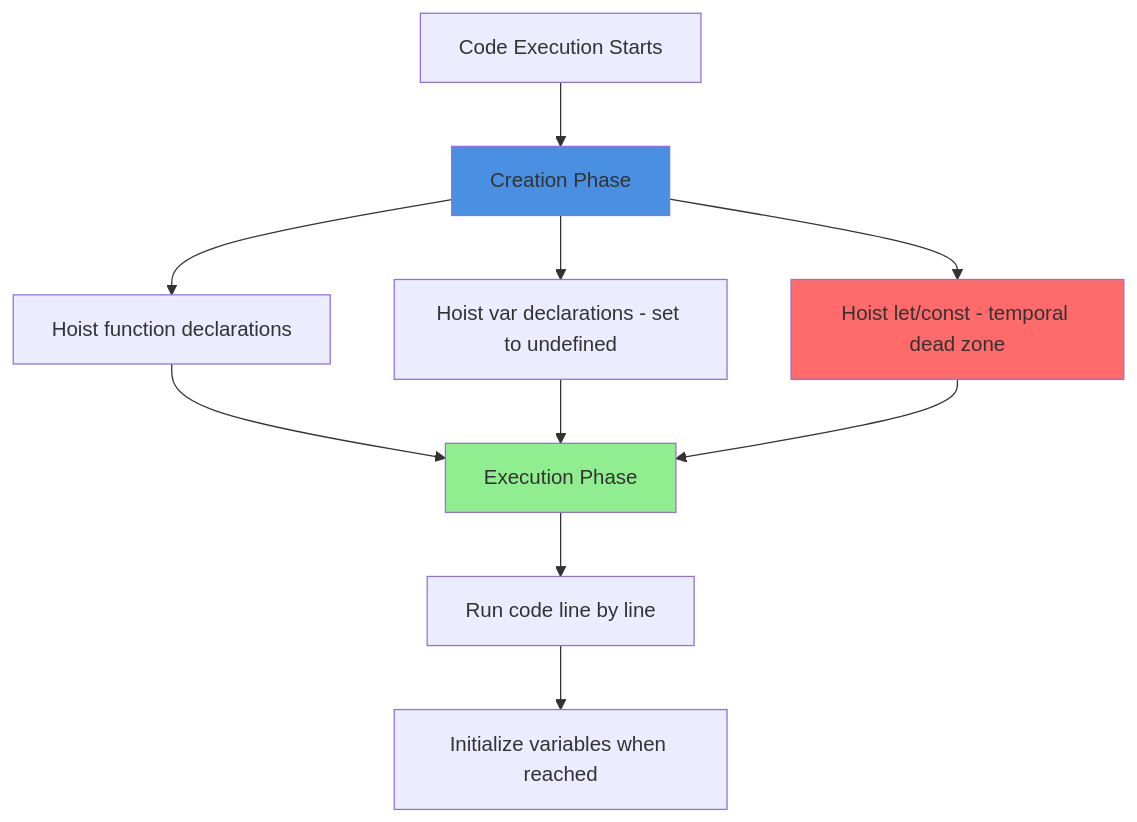
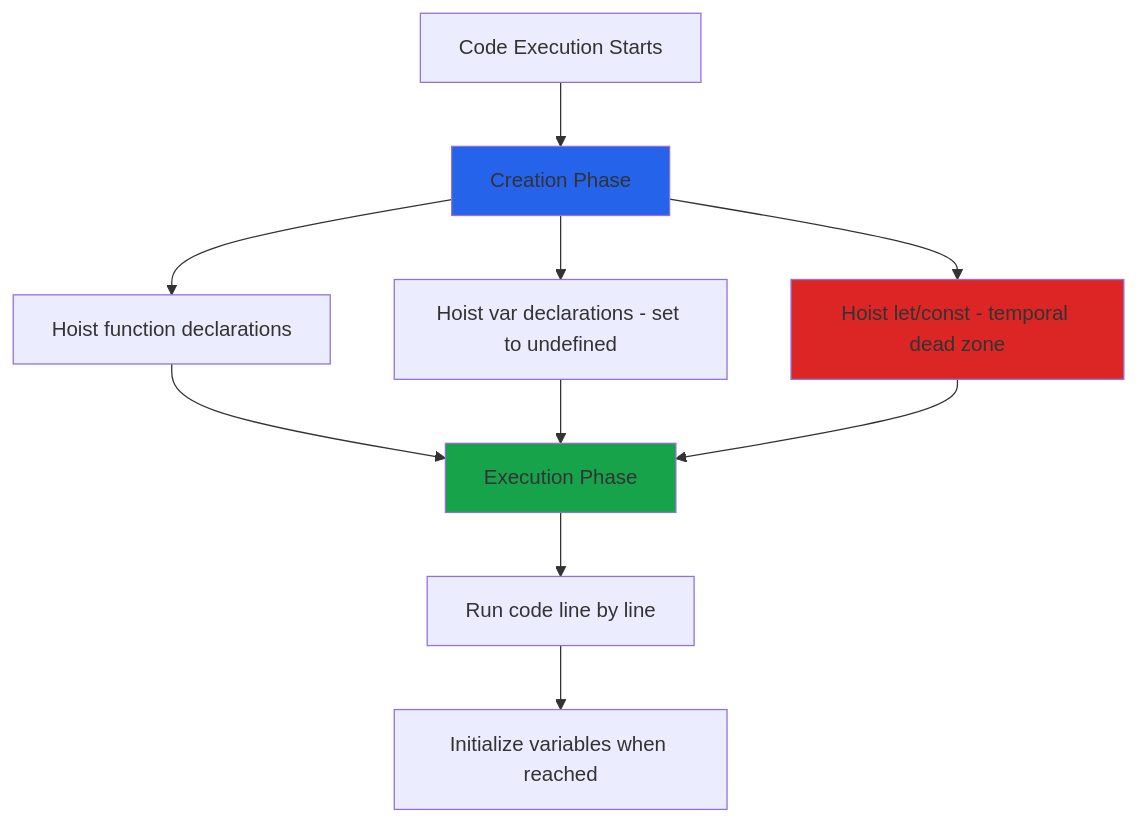
The first of 2 diagrams in javascript/hoisting/README.md (upasanaprabhakar/web-dev-handbook), drawn with Mermaid before and after one commit. The commit also changed other lines of this file, not shown here.

Commit message:
hoisting topic with examples

````diff
--- a/javascript/hoisting/README.md
+++ b/javascript/hoisting/README.md
@@ -68,18 +68,18 @@
 ```mermaid
 graph TD
     A[Code Execution Starts] --> B[Creation Phase]
     B --> C[Hoist function declarations]
     B --> D[Hoist var declarations - set to undefined]
     B --> E[Hoist let/const - temporal dead zone]
     
     C --> F[Execution Phase]
     D --> F
     E --> F
     
     F --> G[Run code line by line]
     G --> H[Initialize variables when reached]
     
-    style B fill:#4a90e2
-    style F fill:#90EE90
-    style E fill:#FF6B6B
+    style B fill:#2563EB
+    style F fill:#16A34A
+    style E fill:#DC2626
 ```
````
